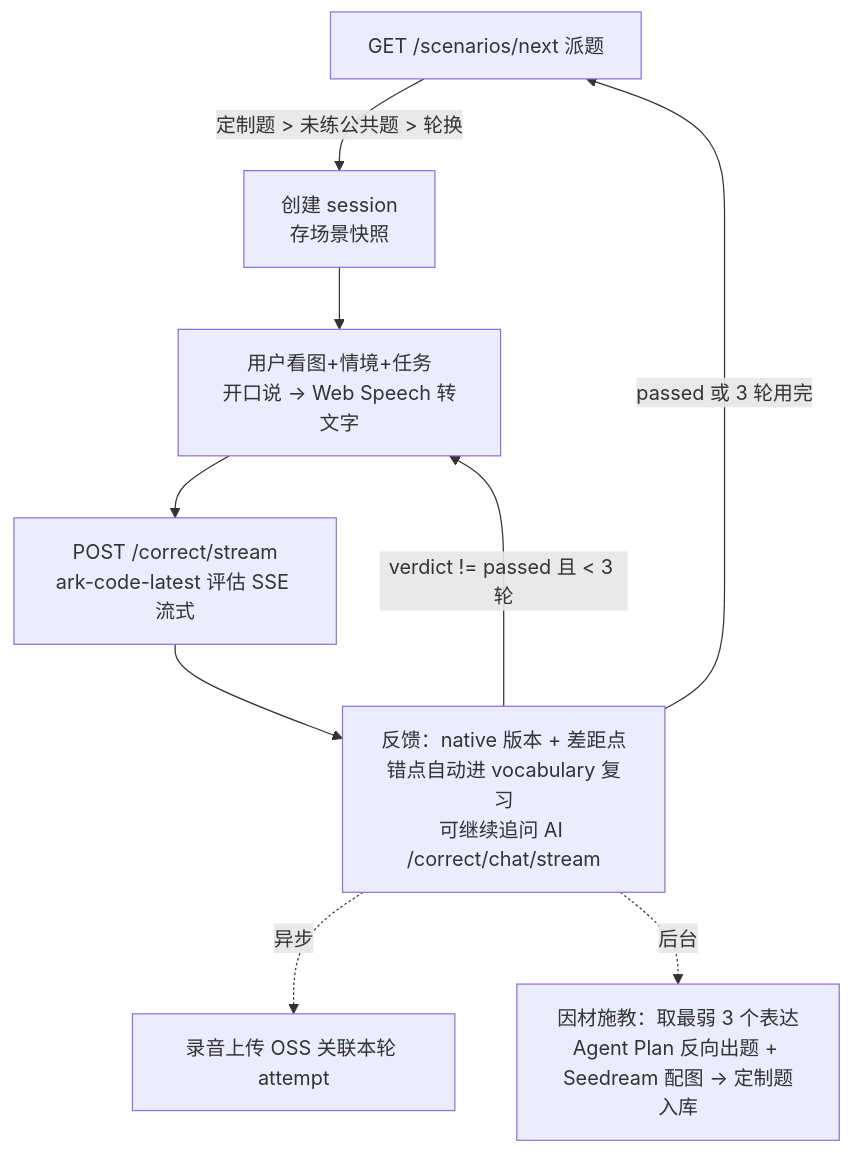
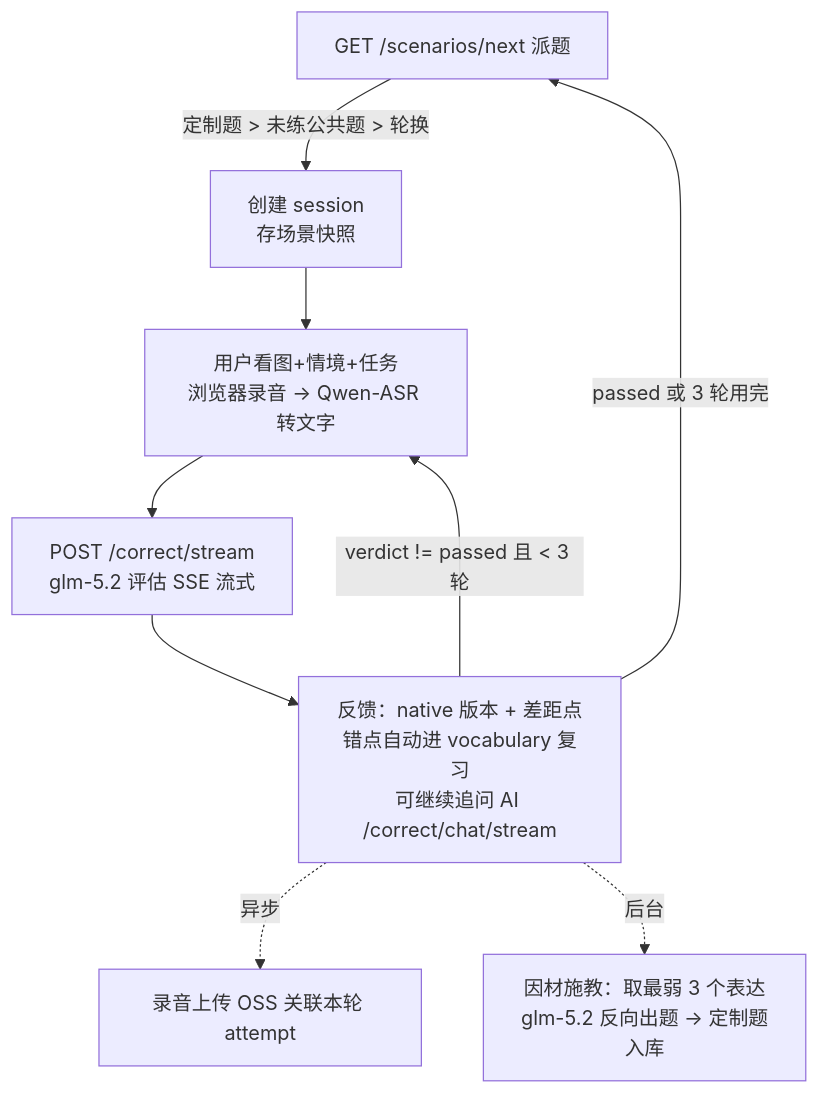
One commit to makewheels/speakup changed the diagram in docs/design/scenario-mode.md. Above: the diagram before and after it, drawn with Mermaid. The commit also changed other lines of this file and 27 other files, not shown here.

````diff
--- a/docs/design/scenario-mode.md
+++ b/docs/design/scenario-mode.md
@@ -7,11 +7,11 @@
 ```mermaid
 flowchart TD
     A[GET /scenarios/next 派题] -->|定制题 > 未练公共题 > 轮换| B[创建 session<br/>存场景快照]
-    B --> C[用户看图+情境+任务<br/>开口说 → Web Speech 转文字]
-    C --> D[POST /correct/stream<br/>ark-code-latest 评估 SSE 流式]
+    B --> C[用户看图+情境+任务<br/>浏览器录音 → Qwen-ASR 转文字]
+    C --> D[POST /correct/stream<br/>glm-5.2 评估 SSE 流式]
     D --> E[反馈：native 版本 + 差距点<br/>错点自动进 vocabulary 复习<br/>可继续追问 AI /correct/chat/stream]
     E -->|verdict != passed 且 < 3 轮| C
     E -->|passed 或 3 轮用完| A
     E -.异步.-> F[录音上传 OSS 关联本轮 attempt]
-    E -.后台.-> G[因材施教：取最弱 3 个表达<br/>Agent Plan 反向出题 + Seedream 配图 → 定制题入库]
+    E -.后台.-> G[因材施教：取最弱 3 个表达<br/>glm-5.2 反向出题 → 定制题入库]
 ```
````
